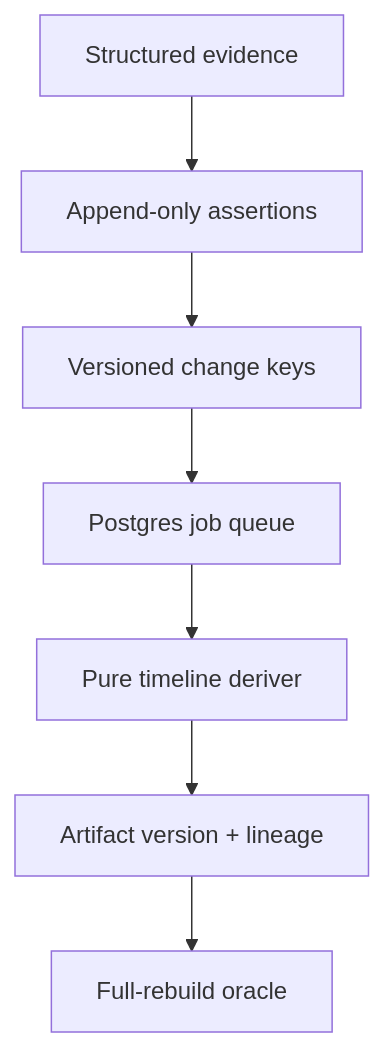
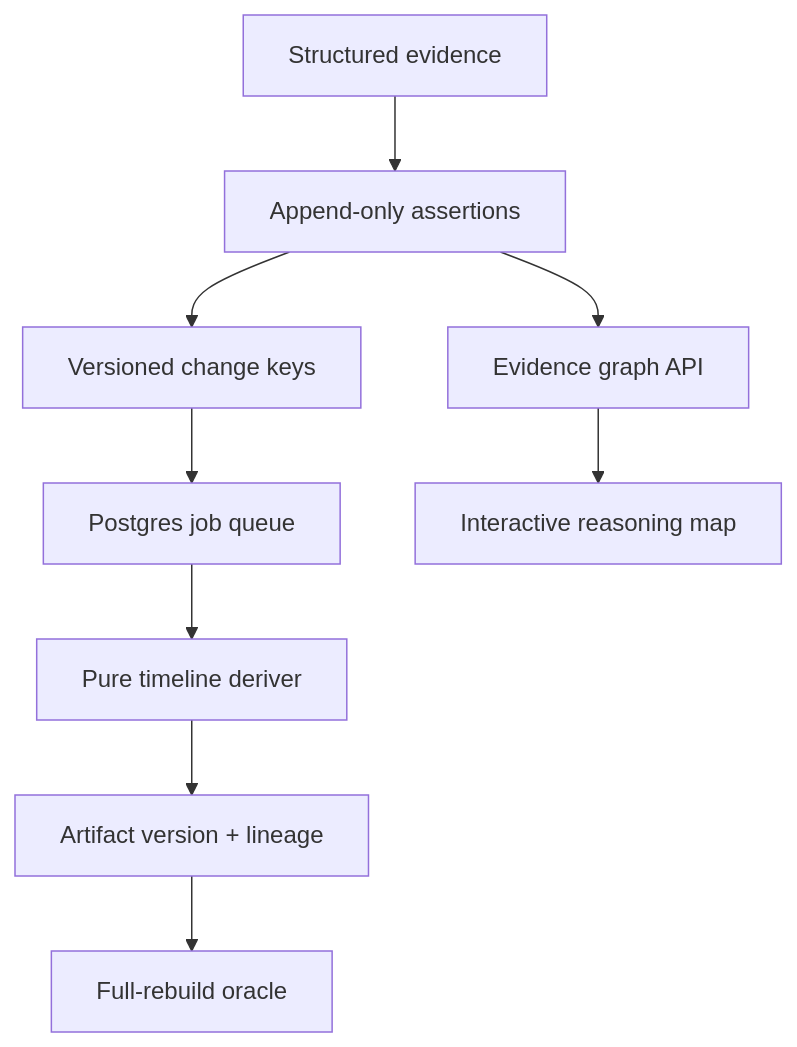
One commit to Shravankb301/Closure-with-Shravan changed the diagram in README.md. Above: the diagram before and after it, drawn with Mermaid. The commit also changed other lines of this file and 29 other files, not shown here.

````diff
--- a/README.md
+++ b/README.md
@@ -240,9 +258,11 @@
 ```mermaid
 flowchart TD
     A["Structured evidence"] --> B["Append-only assertions"]
     B --> C["Versioned change keys"]
     C --> D["Postgres job queue"]
     D --> E["Pure timeline deriver"]
     E --> F["Artifact version + lineage"]
     F --> G["Full-rebuild oracle"]
+    B --> H["Evidence graph API"]
+    H --> I["Interactive reasoning map"]
 ```
````
